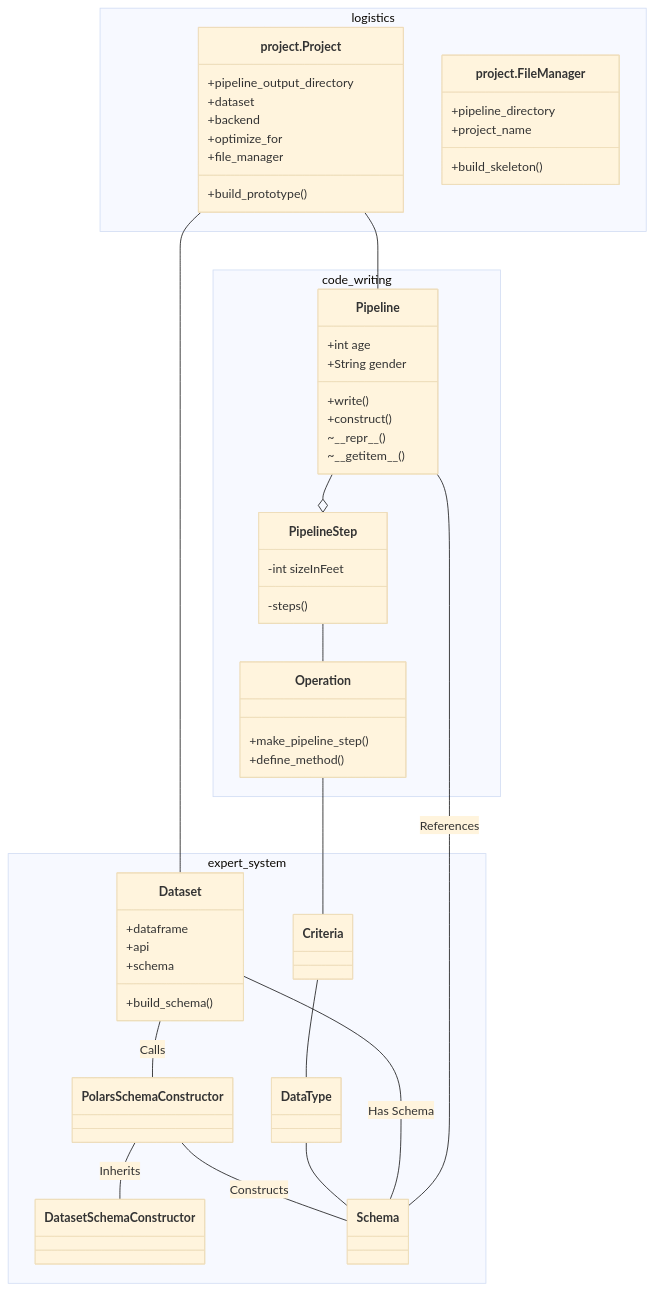
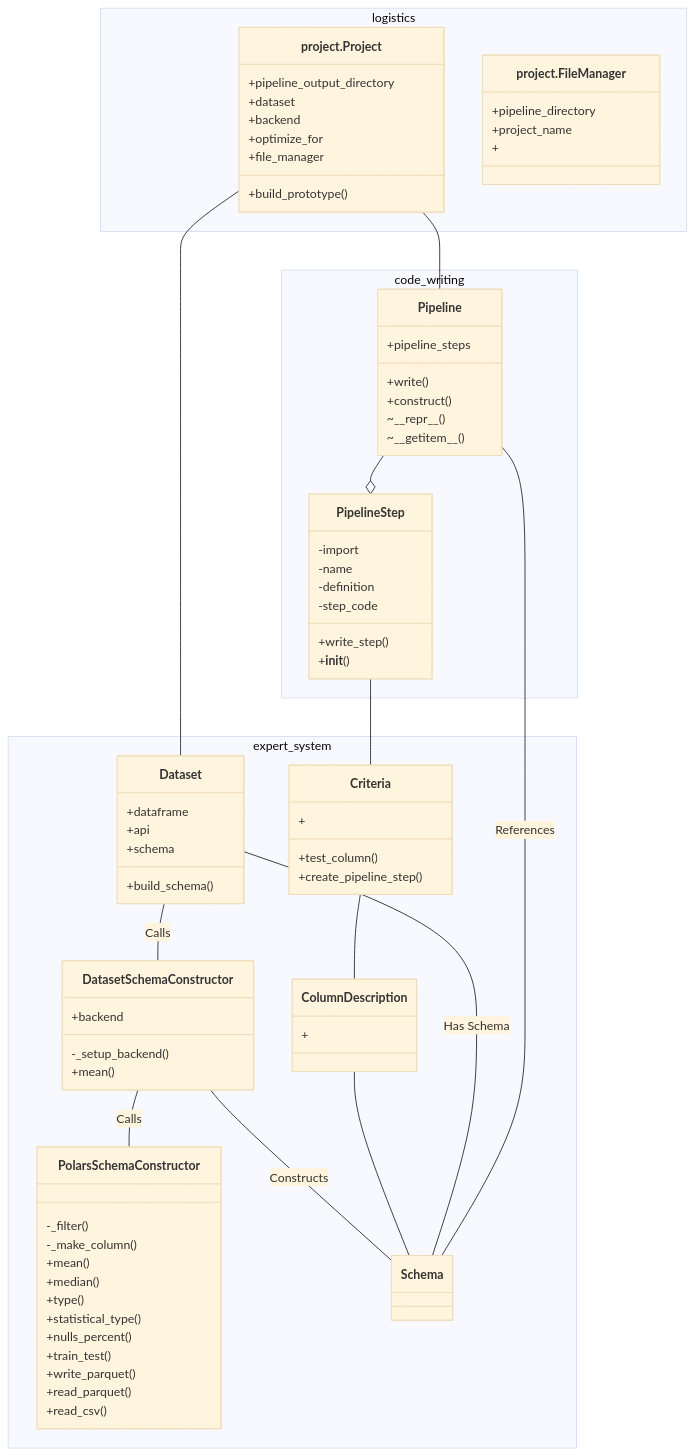
The diagram in diagrams/class_diagrams.mmd (pjachim/Bukka), drawn with Mermaid (base theme) before and after one commit.

Commit message:
Added a lot of detail.

```diff
--- a/diagrams/class_diagrams.mmd
+++ b/diagrams/class_diagrams.mmd
@@ -1,72 +1,87 @@
 classDiagram
     Pipeline --o Pipeline Step
-    Polars Schema Constructor -- Dataset Schema Constructor: Inherits
-    Polars Schema Constructor -- Schema: Constructs
-    Dataset -- Polars Schema Constructor: Calls
-    Pipeline Step -- Operation
+    Dataset Schema Constructor -- Polars Schema Constructor: Calls
+    Dataset Schema Constructor -- Schema: Constructs
+    Dataset -- Dataset Schema Constructor: Calls
+    Pipeline Step -- Criteria
     project.Project -- Pipeline
     project.Project -- Dataset
-    Operation -- Criteria
-    Criteria -- Data Type
-    Data Type -- Schema
+    Criteria -- ColumnDescription
+    ColumnDescription -- Schema
     Dataset -- Schema: Has Schema
     Pipeline -- Schema: References
 
     namespace logistics {
         class project.Project {
             +pipeline_output_directory
             +dataset
             +backend
             +optimize_for
             +file_manager
             +build_prototype()
         }
 
         class project.FileManager {
             +pipeline_directory
             +project_name
-            +build_skeleton()
+            +
         }
 
     }
 
     namespace expert_system {
         class Dataset{
             +dataframe
             +api
             +schema
             +build_schema()
         }
 
         class Dataset Schema Constructor{
-
+            +backend
+            -_setup_backend()
+            +mean()
         }
 
         class Polars Schema Constructor {
-
+            -_filter()
+            -_make_column()
+            +mean()
+            +median()
+            +type()
+            +statistical_type()
+            +nulls_percent()
+            +train_test()
+            +write_parquet()
+            +read_parquet()
+            +read_csv()
         }
-        class Criteria
+        class Criteria {
+            +test_column()
+            +create_pipeline_step()
+            +
+        }
         class Schema
-        class DataType
+        class ColumnDescription {
+            +
+        }
     }
     
     namespace code_writing {
         class Pipeline{
-            +int age
-            +String gender
+            +pipeline_steps
             +write()
             +construct()
             ~\_\_repr__()
             ~\_\_getitem__()
         }
 
         class Pipeline Step{
-            -int sizeInFeet
-            -steps()
-        }
-
-        class Operation {
-            +make_pipeline_step()
-            +define_method()
+            -import
+            -name
+            -definition
+            -step_code
+            +write_step()
+            +__init__()
         }
     }
```
